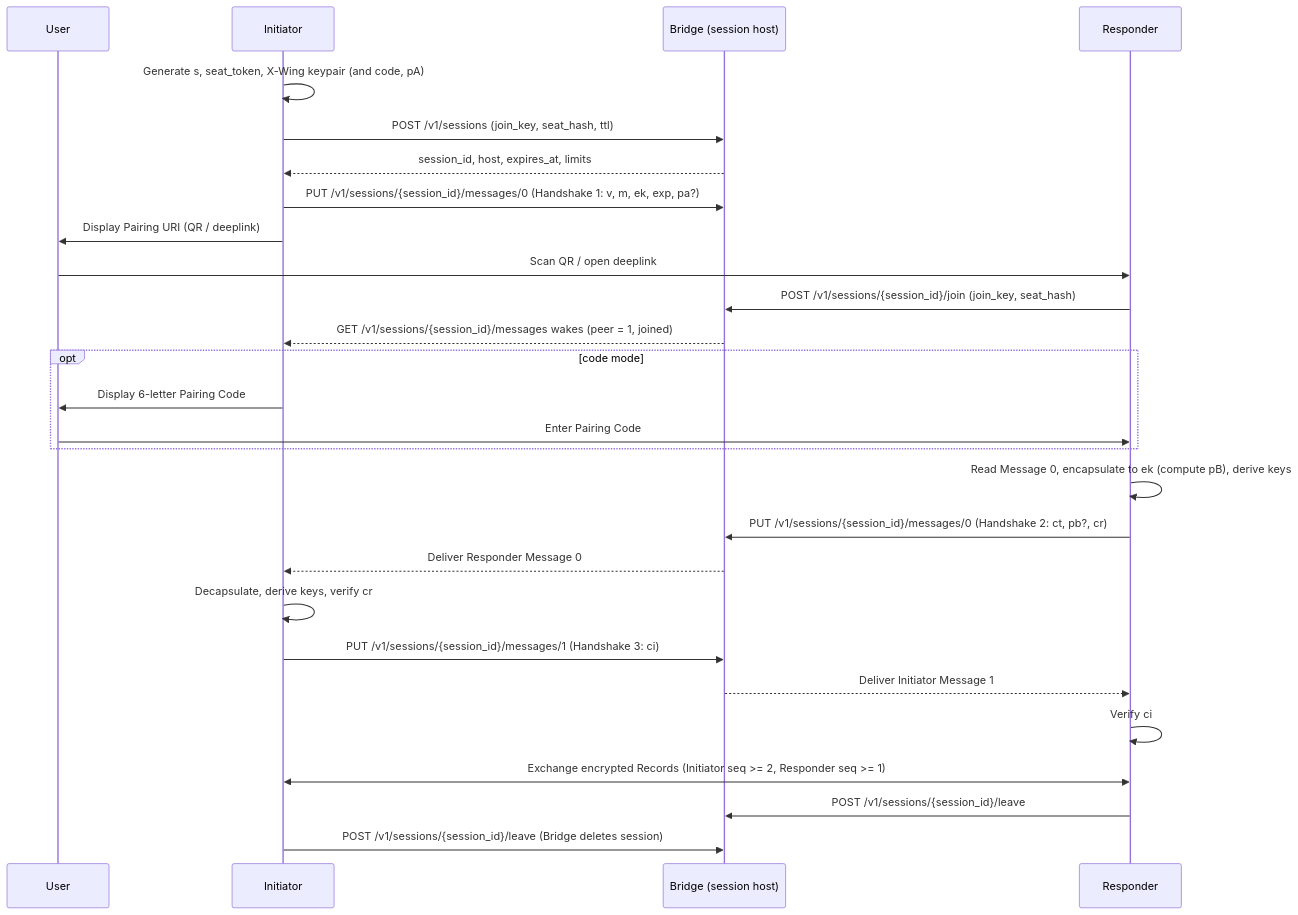
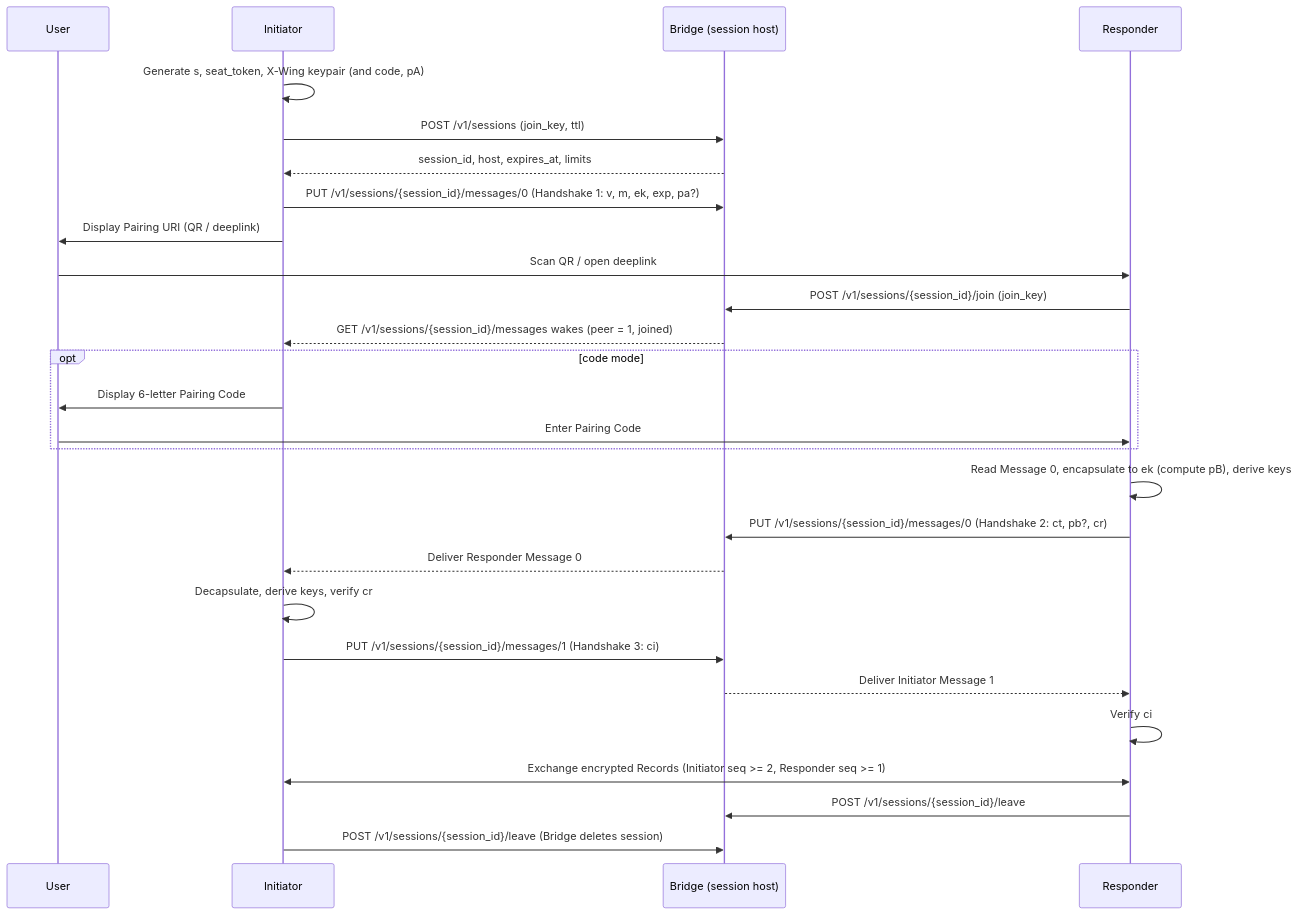
The diagram in docs/WIPs/wip-110.md (worldcoin/world-id-protocol), drawn with Mermaid before and after one commit. The commit also changed other lines of this file, not shown here.

Commit message:
docs(wip-110): drop seat_hash and use Bearer seat_token on all endpoints

````diff
--- a/docs/WIPs/wip-110.md
+++ b/docs/WIPs/wip-110.md
@@ -59,30 +59,30 @@
 ```mermaid
 sequenceDiagram
     participant u as User
     participant i as Initiator
     participant b as Bridge (session host)
     participant r as Responder
 
     i->>i: Generate s, seat_token, X-Wing keypair (and code, pA)
-    i->>b: POST /v1/sessions (join_key, seat_hash, ttl)
+    i->>b: POST /v1/sessions (join_key, ttl)
     b-->>i: session_id, host, expires_at, limits
     i->>b: PUT /v1/sessions/{session_id}/messages/0 (Handshake 1: v, m, ek, exp, pa?)
     i->>u: Display Pairing URI (QR / deeplink)
     u->>r: Scan QR / open deeplink
-    r->>b: POST /v1/sessions/{session_id}/join (join_key, seat_hash)
+    r->>b: POST /v1/sessions/{session_id}/join (join_key)
     b-->>i: GET /v1/sessions/{session_id}/messages wakes (peer = 1, joined)
     opt code mode
         i->>u: Display 6-letter Pairing Code
         u->>r: Enter Pairing Code
     end
     r->>r: Read Message 0, encapsulate to ek (compute pB), derive keys
     r->>b: PUT /v1/sessions/{session_id}/messages/0 (Handshake 2: ct, pb?, cr)
     b-->>i: Deliver Responder Message 0
     i->>i: Decapsulate, derive keys, verify cr
     i->>b: PUT /v1/sessions/{session_id}/messages/1 (Handshake 3: ci)
     b-->>r: Deliver Initiator Message 1
     r->>r: Verify ci
     i<<->>r: Exchange encrypted Records (Initiator seq >= 2, Responder seq >= 1)
     r->>b: POST /v1/sessions/{session_id}/leave
     i->>b: POST /v1/sessions/{session_id}/leave (Bridge deletes session)
 ```
````
